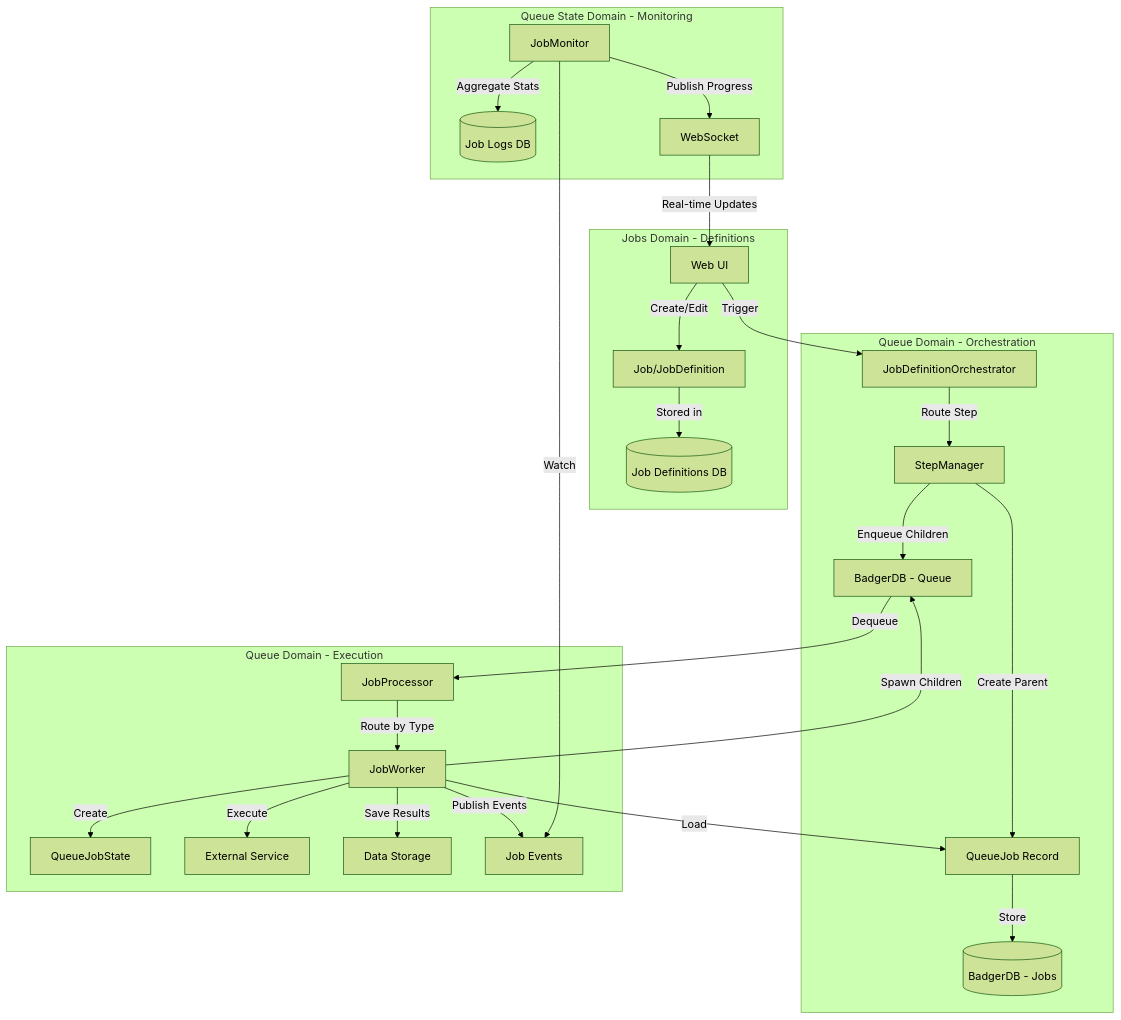
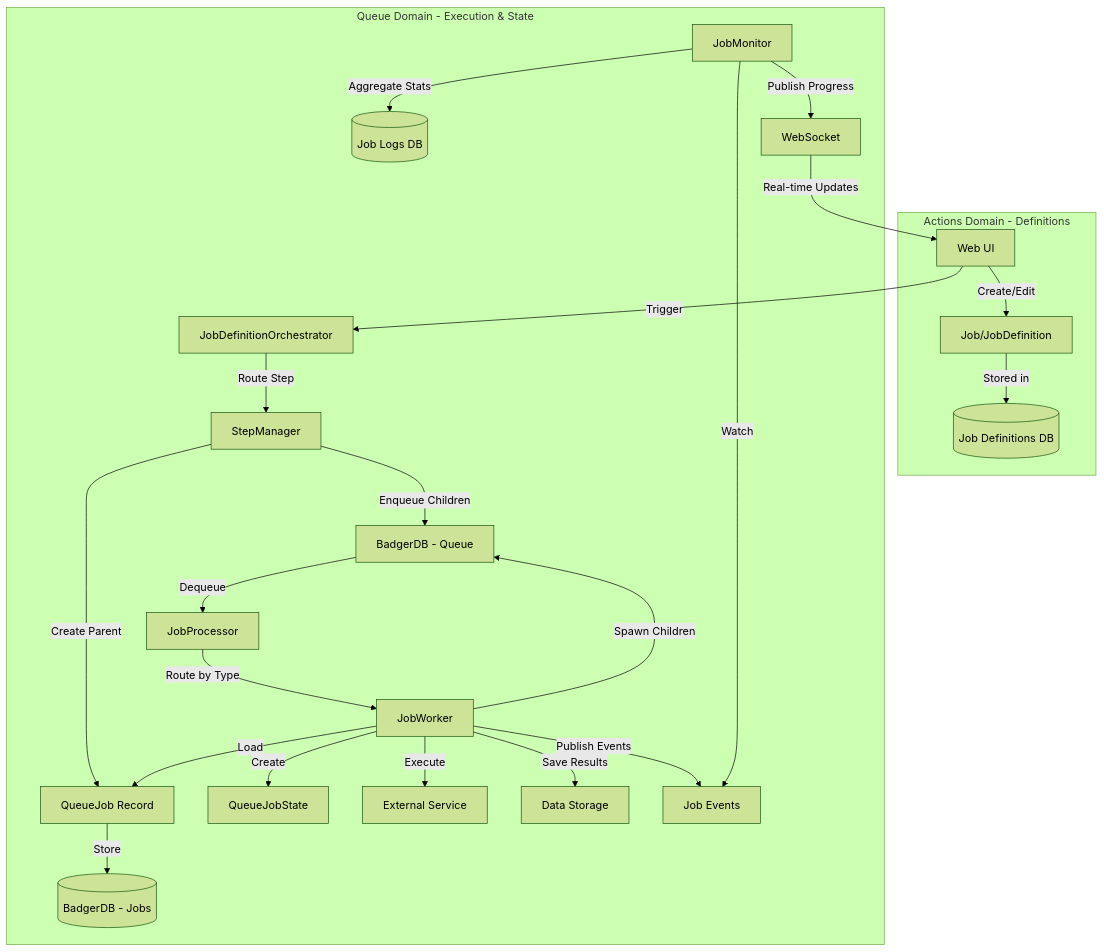
One commit to ternarybob/quaero changed the diagram in docs/architecture/MANAGER_WORKER_ARCHITECTURE.md. Above: the diagram before and after it, drawn with Mermaid (forest theme). The commit also changed other lines of this file and 119 other files, not shown here.

````diff
--- a/docs/architecture/MANAGER_WORKER_ARCHITECTURE.md
+++ b/docs/architecture/MANAGER_WORKER_ARCHITECTURE.md
@@ -110,33 +121,29 @@
 ```mermaid
 graph TB
-    subgraph "Jobs Domain - Definitions"
+    subgraph "Actions Domain - Definitions"
         UI[Web UI] -->|Create/Edit| JobDef[Job/JobDefinition]
         JobDef -->|Stored in| DefDB[(Job Definitions DB)]
     end
 
-    subgraph "Queue Domain - Orchestration"
+    subgraph "Queue Domain - Execution & State"
         UI -->|Trigger| Orchestrator[JobDefinitionOrchestrator]
         Orchestrator -->|Route Step| StepMgr[StepManager]
         StepMgr -->|Create Parent| QueueJob[QueueJob Record]
         QueueJob -->|Store| QueueDB[(BadgerDB - Jobs)]
         StepMgr -->|Enqueue Children| Queue[BadgerDB - Queue]
-    end
 
-    subgraph "Queue Domain - Execution"
         Queue -->|Dequeue| Processor[JobProcessor]
         Processor -->|Route by Type| Worker[JobWorker]
         Worker -->|Load| QueueJob
         Worker -->|Create| QueueState[QueueJobState]
         Worker -->|Execute| Service[External Service]
         Worker -->|Save Results| Storage[Data Storage]
         Worker -->|Spawn Children| Queue
         Worker -->|Publish Events| Events[Job Events]
-    end
 
-    subgraph "Queue State Domain - Monitoring"
         Monitor[JobMonitor] -->|Watch| Events
         Monitor -->|Aggregate Stats| JobLogs[(Job Logs DB)]
         Monitor -->|Publish Progress| WS[WebSocket]
         WS -->|Real-time Updates| UI
     end
 ```
````
